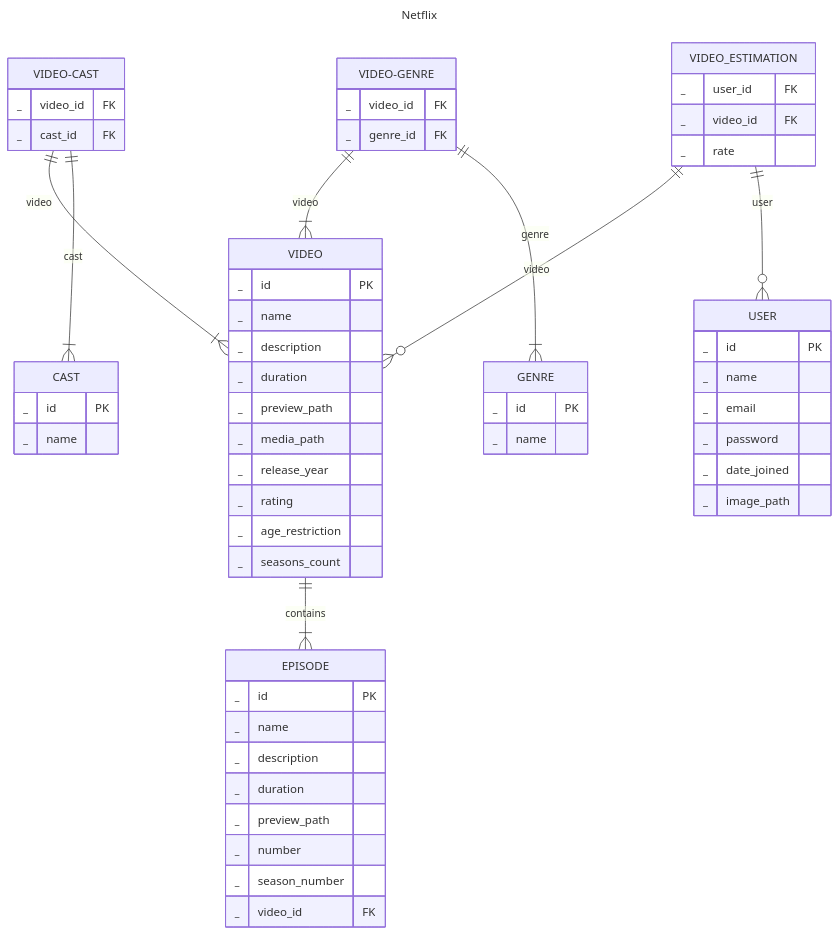
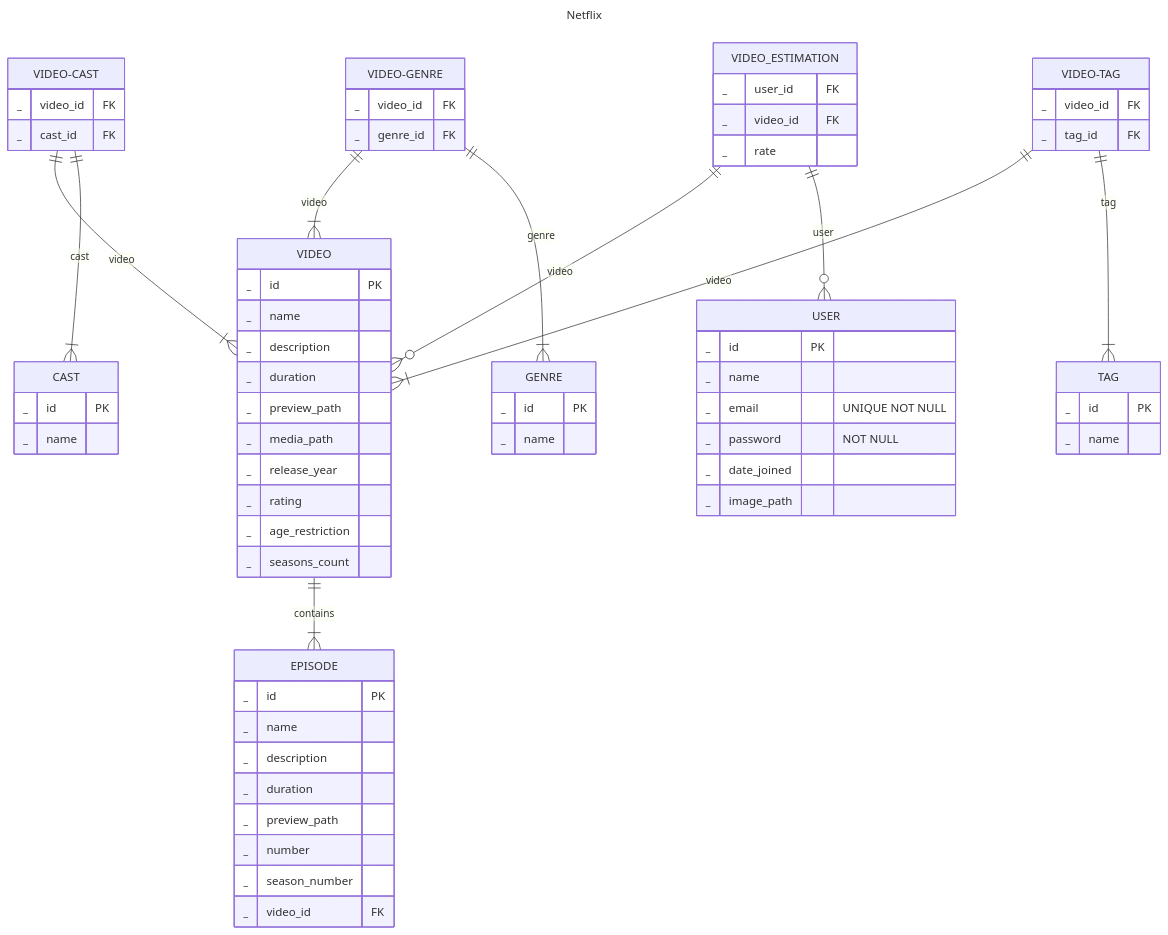
Before and after one commit to go-park-mail-ru/2023_2_Holi: the diagram in README.md, drawn with Mermaid. The commit also changed other lines of this file, not shown here.

````diff
--- a/README.md
+++ b/README.md
@@ -72,9 +91,9 @@
 
     USER {
         _ id PK
-        _ name 
-        _ email
-        _ password
+        _ name
+        _ email "UNIQUE NOT NULL"
+        _ password "NOT NULL"
         _ date_joined
         _ image_path
     }
@@ -87,4 +106,17 @@
         _ rate
     }
 
+    TAG {
+        _ id PK
+        _ name
+    }
+
+    VIDEO-TAG ||--|{ VIDEO: video
+    VIDEO-TAG ||--|{ TAG: tag
+    VIDEO-TAG {
+        _ video_id FK
+        _ tag_id FK
+    }
+    
+
 ```
````
